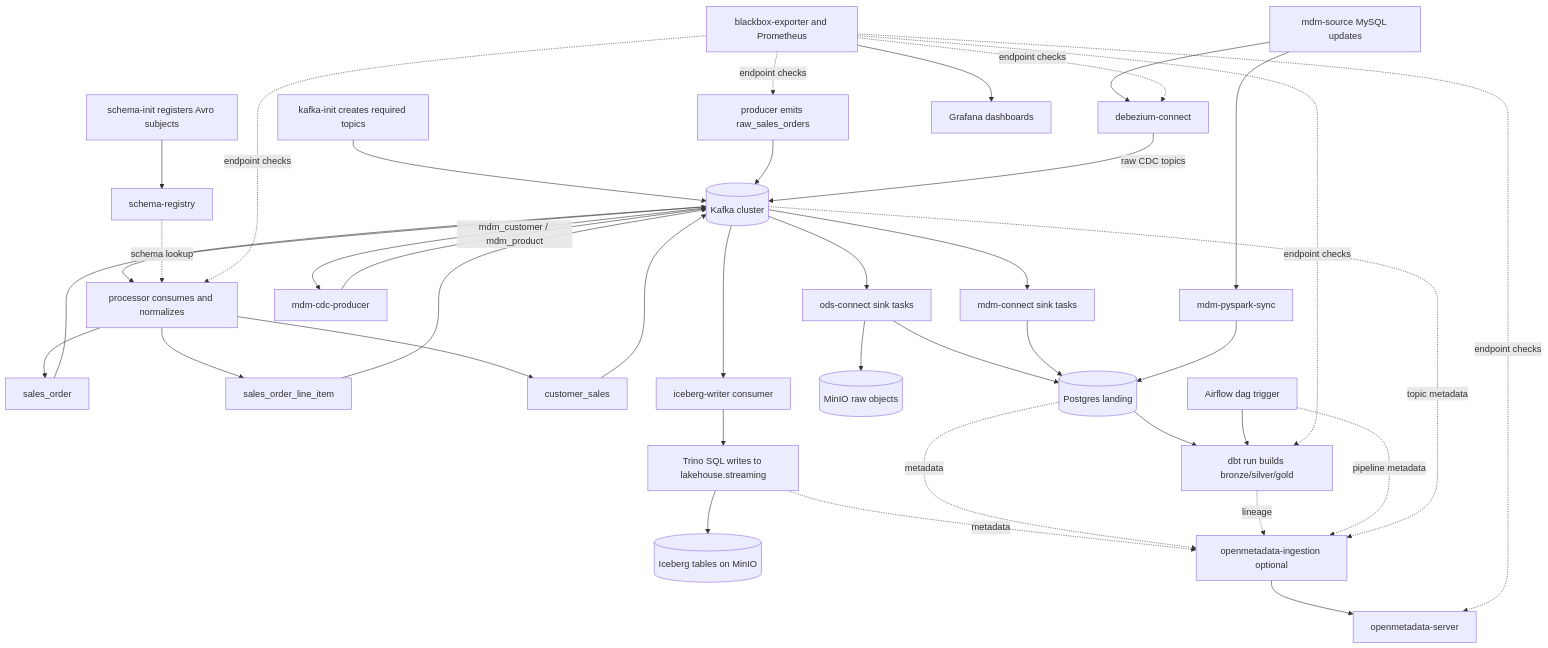
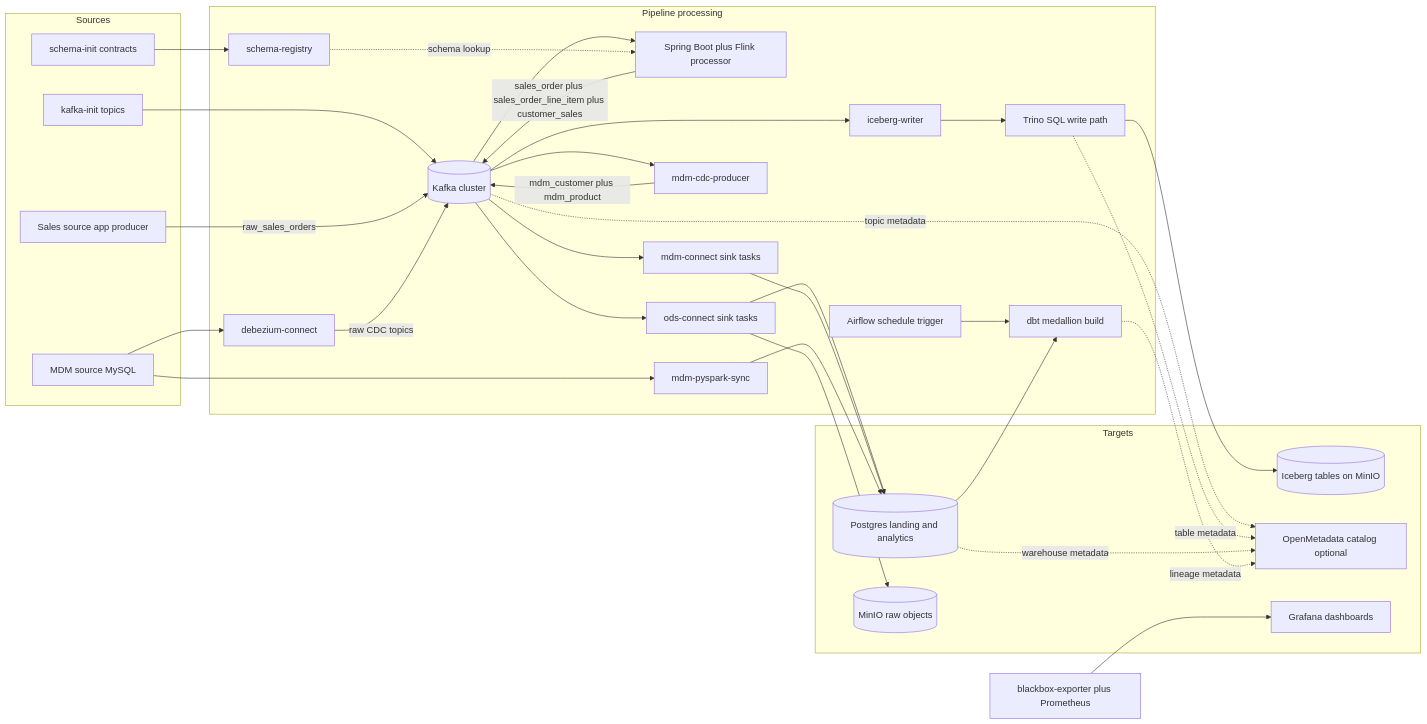
Before and after one commit to paulchen8206/Full-Stack-Modern-Data-Architecture-and-Engineering: the second of 9 diagrams in docs/architecture.md, drawn with Mermaid. The commit also changed other lines of this file, not shown here.

Commit message:
code review

````diff
--- a/docs/architecture.md
+++ b/docs/architecture.md
@@ -363,49 +363,65 @@
 ```mermaid
-flowchart TD
-  A0[kafka-init creates required topics] --> K[(Kafka cluster)]
-  A1[schema-init registers Avro subjects] --> SR[schema-registry]
+flowchart LR
+  subgraph S[Sources]
+    SRC1[Sales source app producer]
+    SRC2[MDM source MySQL]
+    BOOT1[kafka-init topics]
+    BOOT2[schema-init contracts]
+  end
 
-  A[producer emits raw_sales_orders] --> K
-  K --> B[processor consumes and normalizes]
-  SR -.schema lookup.-> B
-  B --> C[sales_order]
-  B --> D[sales_order_line_item]
-  B --> E[customer_sales]
-  C --> K
-  D --> K
-  E --> K
+  subgraph P[Pipeline processing]
+    K[(Kafka cluster)]
+    SR[schema-registry]
+    PROC[Spring Boot plus Flink processor]
+    ODS[ods-connect sink tasks]
+    DBZ[debezium-connect]
+    MCP[mdm-cdc-producer]
+    MDMK[mdm-connect sink tasks]
+    SP[mdm-pyspark-sync]
+    IW[iceberg-writer]
+    TR[Trino SQL write path]
+    DBT[dbt medallion build]
+    AF[Airflow schedule trigger]
+  end
 
-  K --> F[ods-connect sink tasks]
-  F --> G[(Postgres landing)]
-  F --> H[(MinIO raw objects)]
+  subgraph T[Targets]
+    TGT1[(Postgres landing and analytics)]
+    TGT2[(MinIO raw objects)]
+    TGT3[(Iceberg tables on MinIO)]
+    TGT4[OpenMetadata catalog optional]
+    TGT5[Grafana dashboards]
+  end
 
-  K --> I[iceberg-writer consumer]
-  I --> J[Trino SQL writes to lakehouse.streaming]
-  J --> L[(Iceberg tables on MinIO)]
+  BOOT1 --> K
+  BOOT2 --> SR
+  SRC1 -->|raw_sales_orders| K
+  K --> PROC
+  SR -.schema lookup.-> PROC
+  PROC -->|sales_order plus sales_order_line_item plus customer_sales| K
+  K --> ODS
+  ODS --> TGT1
+  ODS --> TGT2
 
-  M[mdm-source MySQL updates] --> N[debezium-connect]
-  N -->|raw CDC topics| K
-  K --> O[mdm-cdc-producer]
-  O -->|mdm_customer / mdm_product| K
-  K --> P[mdm-connect sink tasks]
-  P --> G
-  M --> Q[mdm-pyspark-sync]
-  Q --> G
+  SRC2 --> DBZ
+  DBZ -->|raw CDC topics| K
+  K --> MCP
+  MCP -->|mdm_customer plus mdm_product| K
+  K --> MDMK
+  MDMK --> TGT1
+  SRC2 --> SP
+  SP --> TGT1
 
-  G --> R[dbt run builds bronze/silver/gold]
-  S[Airflow dag trigger] --> R
+  K --> IW
+  IW --> TR
+  TR --> TGT3
 
-  T[openmetadata-ingestion optional] --> U[openmetadata-server]
-  J -.metadata.-> T
-  G -.metadata.-> T
-  R -.lineage.-> T
-  S -.pipeline metadata.-> T
-  K -.topic metadata.-> T
+  TGT1 --> DBT
+  AF --> DBT
 
-  V[blackbox-exporter and Prometheus] --> W[Grafana dashboards]
-  V -.endpoint checks.-> A
-  V -.endpoint checks.-> B
-  V -.endpoint checks.-> N
-  V -.endpoint checks.-> R
-  V -.endpoint checks.-> U
+  K -.topic metadata.-> TGT4
+  TR -.table metadata.-> TGT4
+  TGT1 -.warehouse metadata.-> TGT4
+  DBT -.lineage metadata.-> TGT4
+
+  OBS[blackbox-exporter plus Prometheus] --> TGT5
 ```
````
